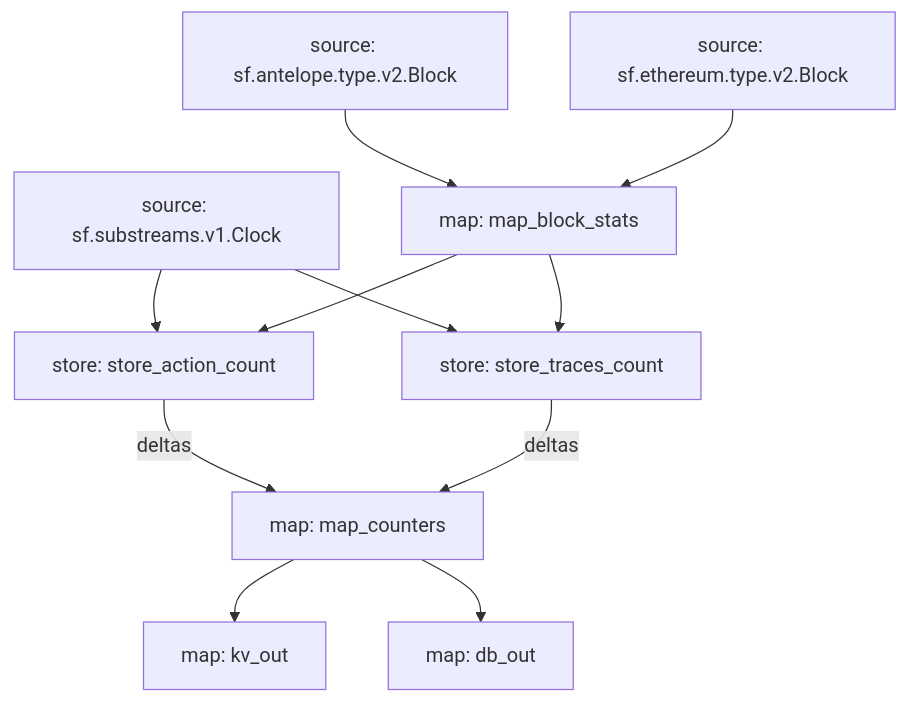
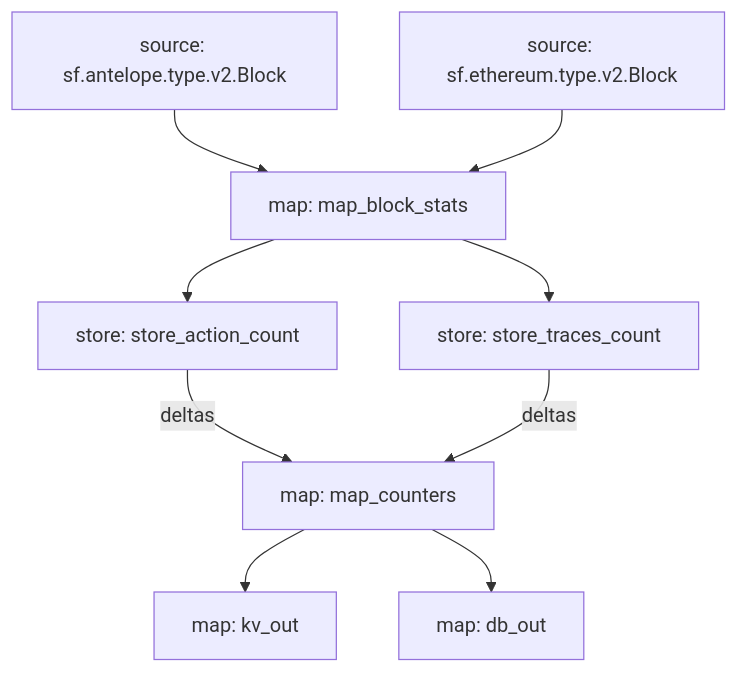
One commit to pinax-network/subtivity-substreams changed the diagram in README.md. Above: the diagram before and after it, drawn with Mermaid.

Commit message:
remove clock

````diff
--- a/README.md
+++ b/README.md
@@ -40,19 +40,17 @@
 ```mermaid
 graph TD;
   map_block_stats[map: map_block_stats]
   sf.antelope.type.v2.Block[source: sf.antelope.type.v2.Block] --> map_block_stats
   sf.ethereum.type.v2.Block[source: sf.ethereum.type.v2.Block] --> map_block_stats
   store_traces_count[store: store_traces_count]
-  sf.substreams.v1.Clock[source: sf.substreams.v1.Clock] --> store_traces_count
   map_block_stats --> store_traces_count
   store_action_count[store: store_action_count]
-  sf.substreams.v1.Clock[source: sf.substreams.v1.Clock] --> store_action_count
   map_block_stats --> store_action_count
   map_counters[map: map_counters]
   store_action_count -- deltas --> map_counters
   store_traces_count -- deltas --> map_counters
   kv_out[map: kv_out]
   map_counters --> kv_out
   db_out[map: db_out]
   map_counters --> db_out
 ```
````
